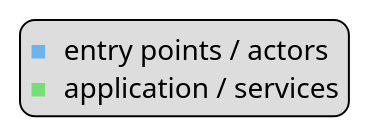
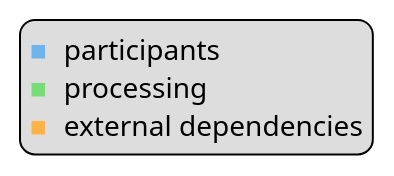
One commit to poppolopoppo/ppr changed the fourth of 4 diagrams in .opencode/commands/diagram.md. Above: the diagram before and after it, drawn with PlantUML. The commit also changed other lines of this file and 5 other files, not shown here.

````diff
--- a/.opencode/commands/diagram.md
+++ b/.opencode/commands/diagram.md
@@ -68,6 +137,7 @@
 ```plantuml
 legend
-<font color="#6CB4EE">■</font> entry points / actors
-<font color="#77DD77">■</font> application / services
+<font color="#6CB4EE">■</font> participants
+<font color="#77DD77">■</font> processing
+<font color="#FFB347">■</font> external dependencies
 endlegend
 ```
````
